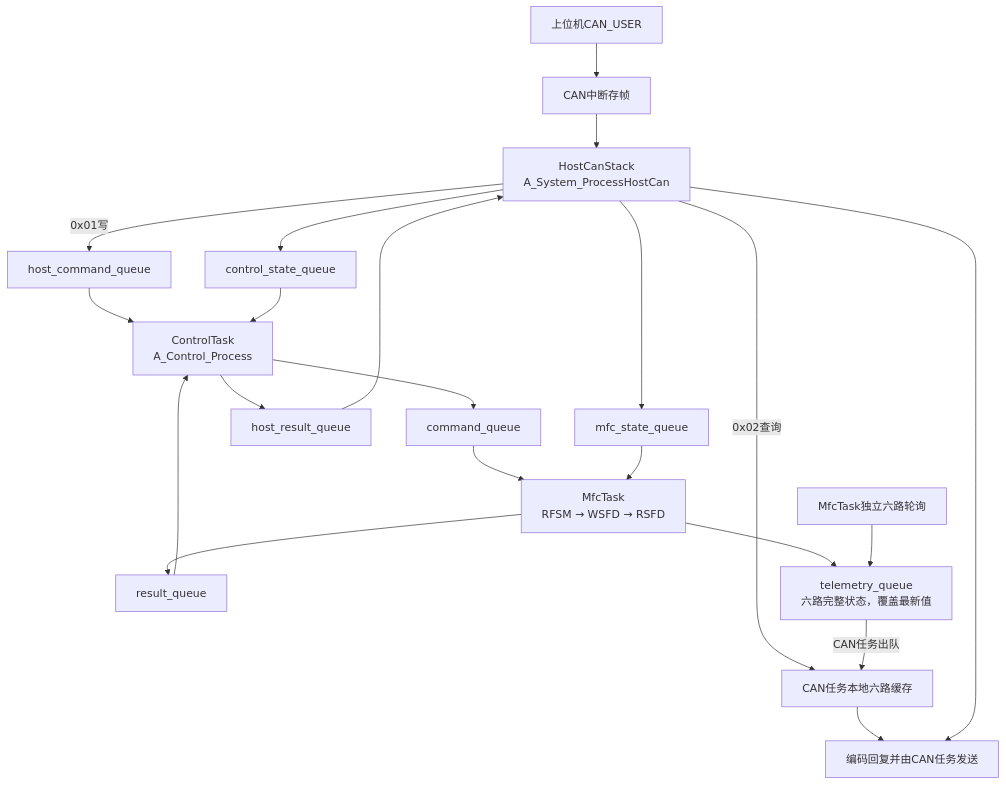
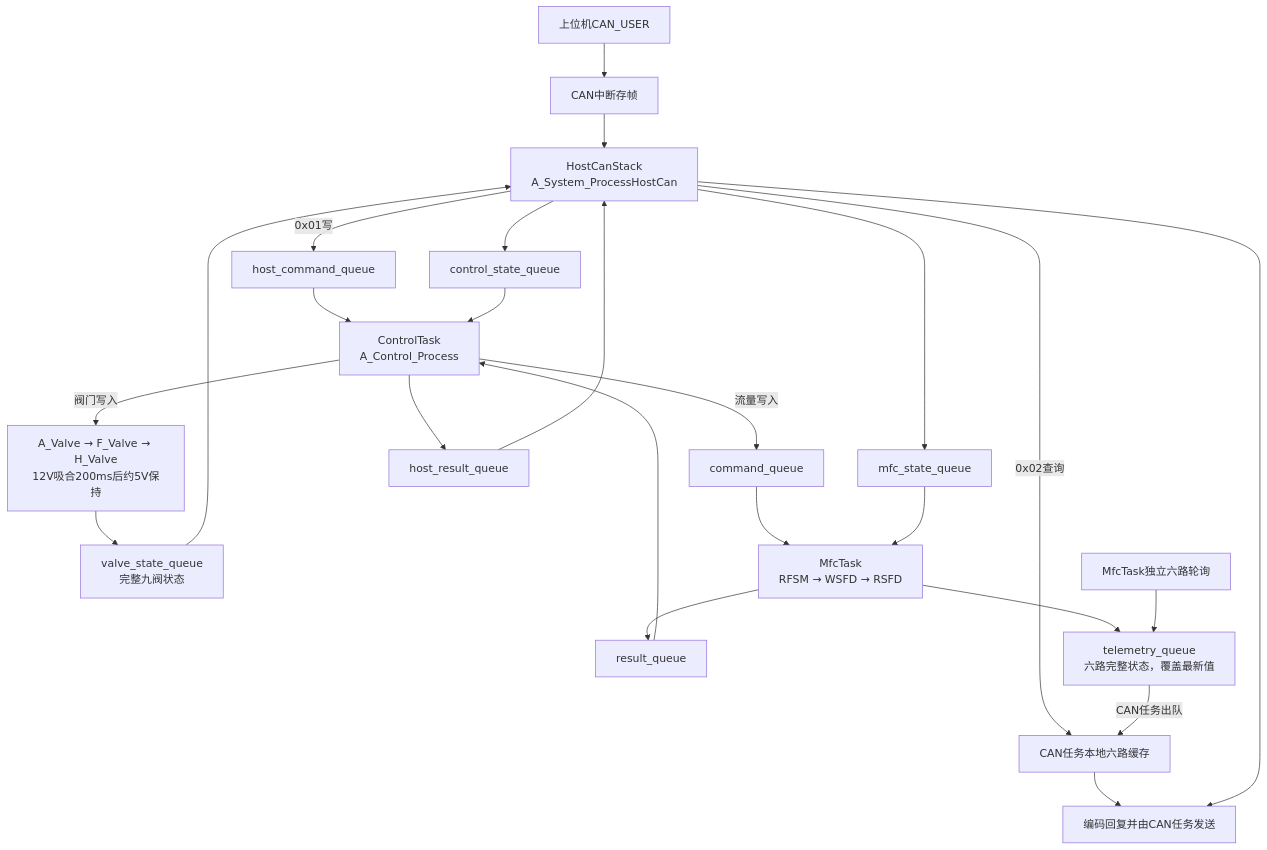
One commit to WIZYAN/gas-flowmeter-control changed the diagram in doc/Design Document/Design Statement/主板运行流程与收发函数说明.md. Above: the diagram before and after it, drawn with Mermaid. The commit also changed other lines of this file and 14 other files, not shown here.

````diff
--- a/doc/Design Document/Design Statement/主板运行流程与收发函数说明.md
+++ b/doc/Design Document/Design Statement/主板运行流程与收发函数说明.md
@@ -69,23 +69,26 @@
 ```mermaid
 flowchart TD
     PC["上位机CAN_USER"] --> RX["CAN中断存帧"]
     RX --> HOST["HostCanStack<br/>A_System_ProcessHostCan"]
     HOST -->|"0x02查询"| CACHE["CAN任务本地六路缓存"]
     CACHE --> REPLY["编码回复并由CAN任务发送"]
     HOST -->|"0x01写"| HCQ["host_command_queue"]
     HCQ --> CTRL["ControlTask<br/>A_Control_Process"]
-    CTRL --> CQ["command_queue"]
+    CTRL -->|"流量写入"| CQ["command_queue"]
+    CTRL -->|"阀门写入"| VALVE["A_Valve → F_Valve → H_Valve<br/>12V吸合200ms后约5V保持"]
+    VALVE --> VQ["valve_state_queue<br/>完整九阀状态"]
+    VQ --> HOST
     CQ --> MFC["MfcTask<br/>RFSM → WSFD → RSFD"]
     MFC --> RQ["result_queue"]
     RQ --> CTRL
     CTRL --> HRQ["host_result_queue"]
     HRQ --> HOST
     HOST --> REPLY
     MFC --> SNAP["telemetry_queue<br/>六路完整状态，覆盖最新值"]
     POLL["MfcTask独立六路轮询"] --> SNAP
     SNAP -->|"CAN任务出队"| CACHE
     HOST --> CSQ["control_state_queue"]
     CSQ --> CTRL
     HOST --> MSQ["mfc_state_queue"]
     MSQ --> MFC
 ```
````
